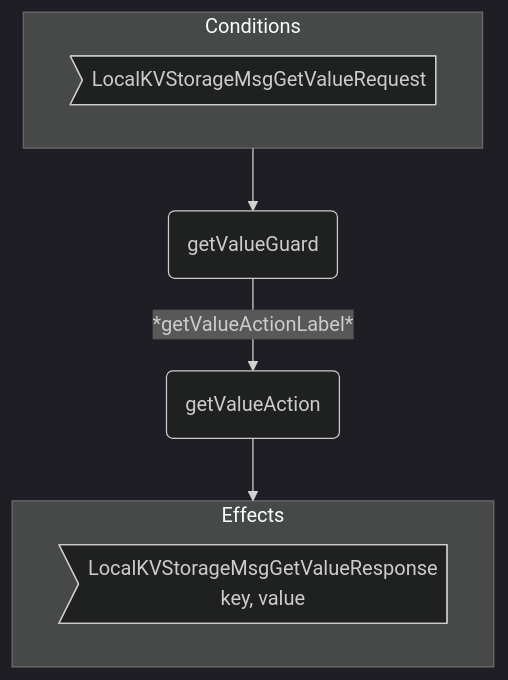
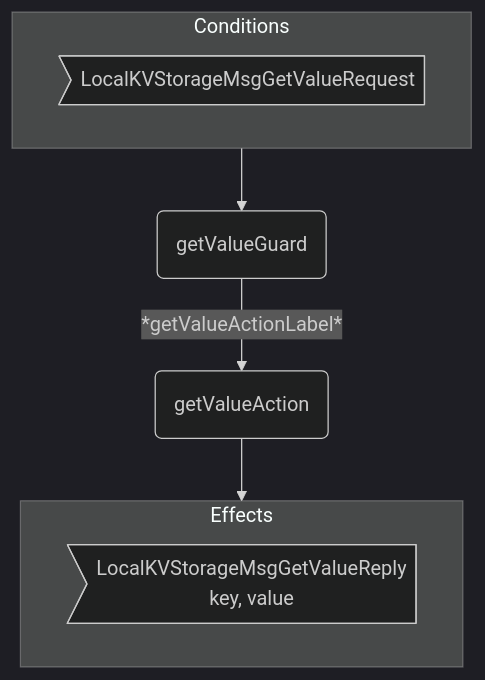
Before and after one commit to anoma/nspec: the first of 3 diagrams in docs/arch/node/engines/local_key_value_storage_behaviour.juvix.md, drawn with Mermaid (dark theme). The commit also changed other lines of this file and 37 other files, not shown here.

Commit message:
Renamed all instances of "Response" to "Reply" in message interfaces for consistency across commitment, decryption, identity management, and other engines.

````diff
--- a/docs/arch/node/engines/local_key_value_storage_behaviour.juvix.md
+++ b/docs/arch/node/engines/local_key_value_storage_behaviour.juvix.md
@@ -508,15 +508,15 @@
 ```mermaid
 flowchart TD
   subgraph C[Conditions]
     CMsg>LocalKVStorageMsgGetValueRequest]
   end
 
   G(getValueGuard)
   A(getValueAction)
 
   C --> G -- *getValueActionLabel* --> A --> E
 
   subgraph E[Effects]
-    EMsg>LocalKVStorageMsgGetValueResponse<br/>key, value]
+    EMsg>LocalKVStorageMsgGetValueReply<br/>key, value]
   end
 ```
````
